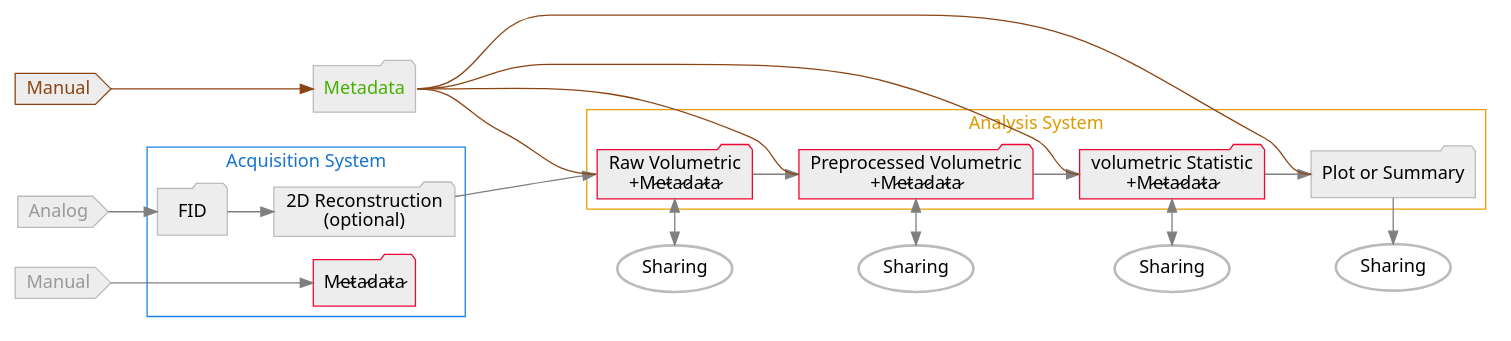
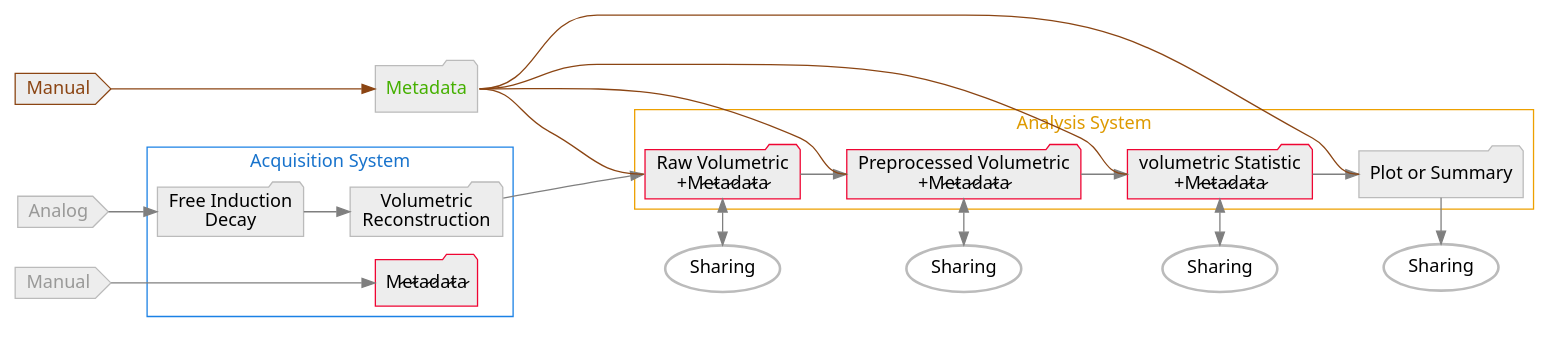
One commit to Jimmy2027/mlebe_RepSep changed the diagram in data/metadata_bad.dot. Above: the diagram before and after it, drawn with Graphviz. The commit also changed 1 other file, not shown here.

```diff
--- a/data/metadata_bad.dot
+++ b/data/metadata_bad.dot
@@ -1,60 +1,60 @@
 digraph graphname {
     newrank = true;
     size="26,10";
     rankdir="LR";
     graph [fontname = "sans"];
     node [fontname = "sans", style=filled];
     edge [fontname = "sans", color=gray50];
     d_[label="Sharing", style="bold, rounded", color="#BBBBBB"];
     e_[label="Sharing", style="bold, rounded", color="#BBBBBB"];
     f_[label="Sharing", style="bold, rounded", color="#BBBBBB"];
     g_[label="Sharing", style="bold, rounded", color="#BBBBBB"];
     a[label="Analog  ", shape=cds, color="#BBBBBB", fillcolor=grey93, fontcolor="#999998"];
-    b[label="FID", shape=folder, color="#BBBBBB", fillcolor=grey93];
-    c[label="2D Reconstruction\n(optional)", shape=folder, color="#BBBBBB", fillcolor=grey93];
+    b[label="Free Induction\nDecay", shape=folder, color="#BBBBBB", fillcolor=grey93];
+    c[label="Volumetric\nReconstruction", shape=folder, color="#BBBBBB", fillcolor=grey93];
     d[label="Raw Volumetric\n +M̷e̷t̷a̷d̷a̷t̷a̷", shape=folder, color="#EF0533", fillcolor=grey93];
     e[label="Preprocessed Volumetric\n +M̷e̷t̷a̷d̷a̷t̷a̷", shape=folder, color="#EF0533", fillcolor=grey93];
     f[label="volumetric Statistic\n +M̷e̷t̷a̷d̷a̷t̷a̷", shape=folder, color="#EF0533", fillcolor=grey93];
     g[label="Plot or Summary", shape=folder, color="#BBBBBB", fillcolor=grey93];
     m0[label="Manual  ", shape=cds, color="#BBBBBB", fillcolor=grey93, fontcolor="#999998"];
     m1[label="M̷e̷t̷a̷d̷a̷t̷a̷", shape=folder, color="#EF0533", fillcolor=grey93];
     m_bad[
         label=<<FONT COLOR="#45B000">Metadata</FONT>>,
         shape=folder, color="#BBBBBB", fillcolor=grey93,
         ];
     m0_bad[label="Manual  ", shape=cds, color="#8B4513", fillcolor=grey93, fontcolor="#8B4513"];
     
     m0 -> m1 ;
     m0_bad -> m_bad[color="#8B4513"];
     m_bad:e -> d:w[minlen=3, arrowhead=none, color="#8B4513"];
     m_bad:e -> e:w[arrowhead=none, color="#8B4513"];
     m_bad:e -> f:w[arrowhead=none, color="#8B4513"];
     m_bad:e -> g:w[arrowhead=none, color="#8B4513"];
     a -> b ;
     subgraph cluster1 {
         b -> c ;
         m1;
         label = "Acquisition System";
         fontcolor = "#1873cc";
         color = "#1b81e5";
     }
     c -> d:w ;
     subgraph cluster2 {
         d -> e ;
         e -> f ;
         f -> g ;
         label = "Analysis System";
         fontcolor = "#DE9A00";
         color = "#EDA000";
     }
     d -> d_ [dir=both, minlen=2];
     e -> e_ [dir=both, minlen=2];
     f -> f_ [dir=both, minlen=2];
     g -> g_ [minlen=2];
     {rank=same; a; m0; m0_bad}
     {rank=same; c; m1; m_bad}
     {rank=same; d; d_}
     {rank=same; e; e_}
     {rank=same; f; f_}
     {rank=same; g; g_}
 }
```
